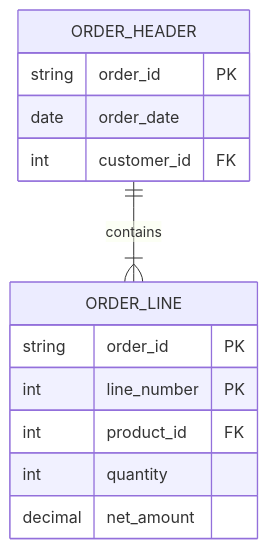
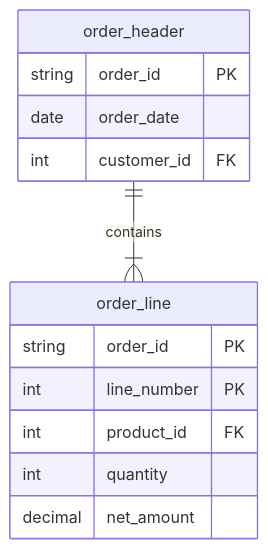
One commit to ducchetrongminh/vitlamdata_dbt_postgres changed the sixth of 7 diagrams in docs/dimensional-modeling-standards.md. Above: the diagram before and after it, drawn with Mermaid. The commit also changed other lines of this file, not shown here.

Commit message:
docs: lowercase table names in diagram

````diff
--- a/docs/dimensional-modeling-standards.md
+++ b/docs/dimensional-modeling-standards.md
@@ -517,16 +517,16 @@
 ```mermaid
 erDiagram
-    ORDER_HEADER ||--|{ ORDER_LINE : contains
-    ORDER_HEADER {
+    order_header ||--|{ order_line : contains
+    order_header {
         string order_id PK
         date order_date
         int customer_id FK
     }
-    ORDER_LINE {
+    order_line {
         string order_id PK
         int line_number PK
         int product_id FK
         int quantity
         decimal net_amount
     }
 ```
````
